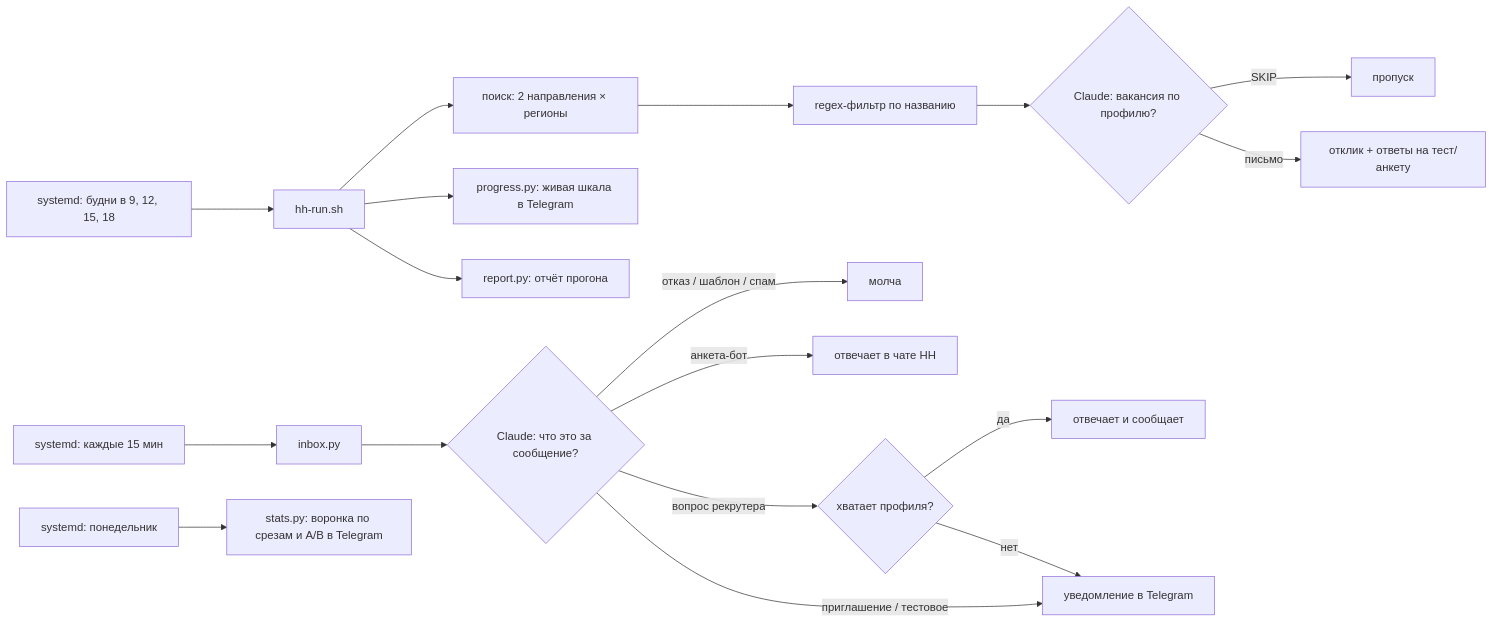
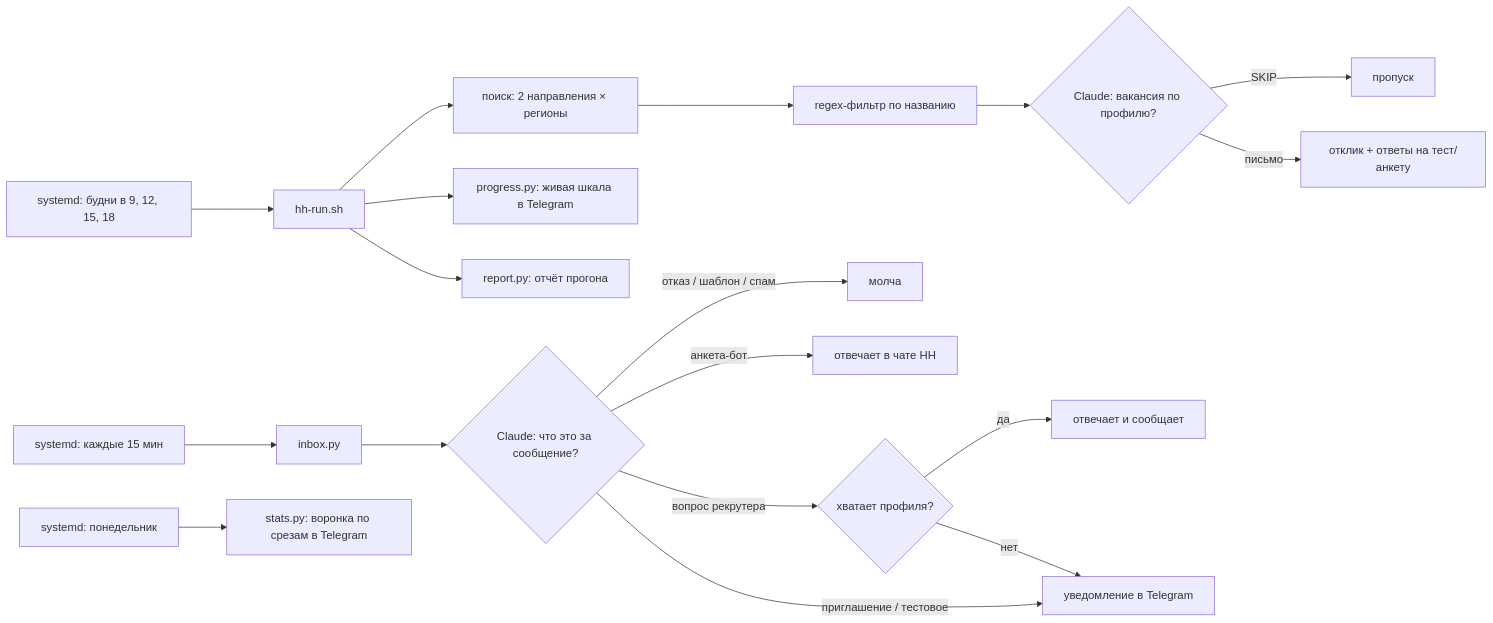
One commit to GetGoose44/hh-autopilot changed the diagram in README.md. Above: the diagram before and after it, drawn with Mermaid. The commit also changed other lines of this file and 1 other file, not shown here.

````diff
--- a/README.md
+++ b/README.md
@@ -37,20 +39,20 @@
 ```mermaid
 flowchart LR
     T1[systemd: будни в 9, 12, 15, 18] --> R[hh-run.sh]
     R --> S[поиск: 2 направления × регионы]
     S --> F[regex-фильтр по названию]
     F --> L{Claude: вакансия по профилю?}
     L -- SKIP --> X[пропуск]
     L -- письмо --> A[отклик + ответы на тест/анкету]
     R --> P[progress.py: живая шкала в Telegram]
     R --> REP[report.py: отчёт прогона]
     T2[systemd: каждые 15 мин] --> I[inbox.py]
     I --> C{Claude: что это за сообщение?}
     C -- отказ / шаблон / спам --> Q[молча]
     C -- анкета-бот --> B[отвечает в чате HH]
     C -- вопрос рекрутера --> RR{хватает профиля?}
     RR -- да --> ANS[отвечает и сообщает]
     RR -- нет --> TG[уведомление в Telegram]
     C -- приглашение / тестовое --> TG
-    T3[systemd: понедельник] --> ST[stats.py: воронка по срезам и A/B в Telegram]
+    T3[systemd: понедельник] --> ST[stats.py: воронка по срезам в Telegram]
 ```
````
